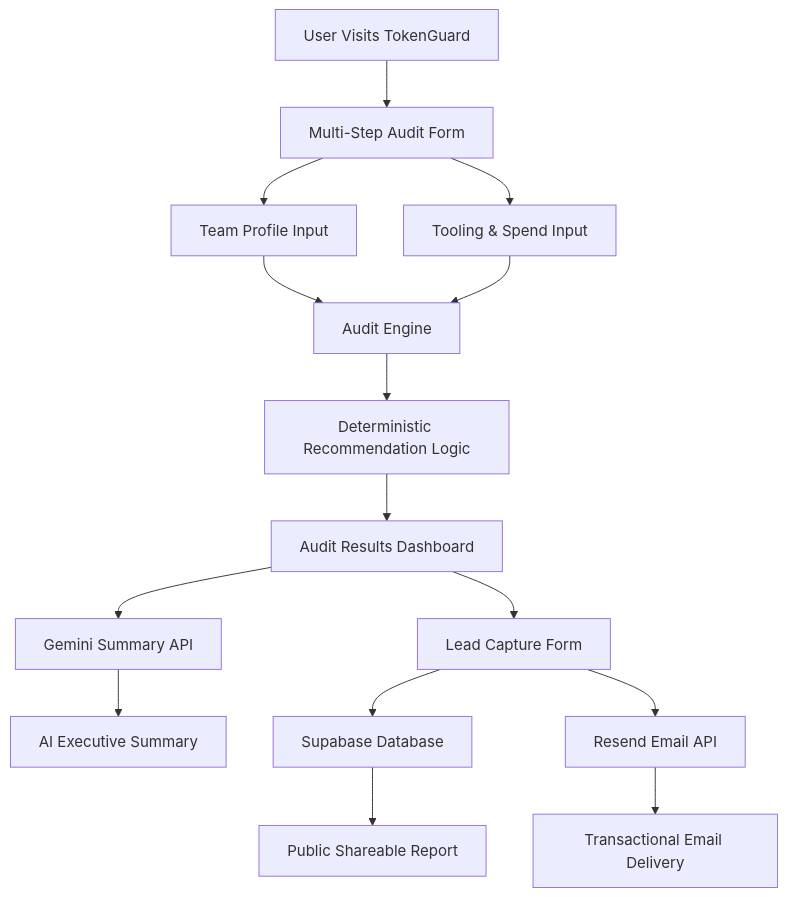
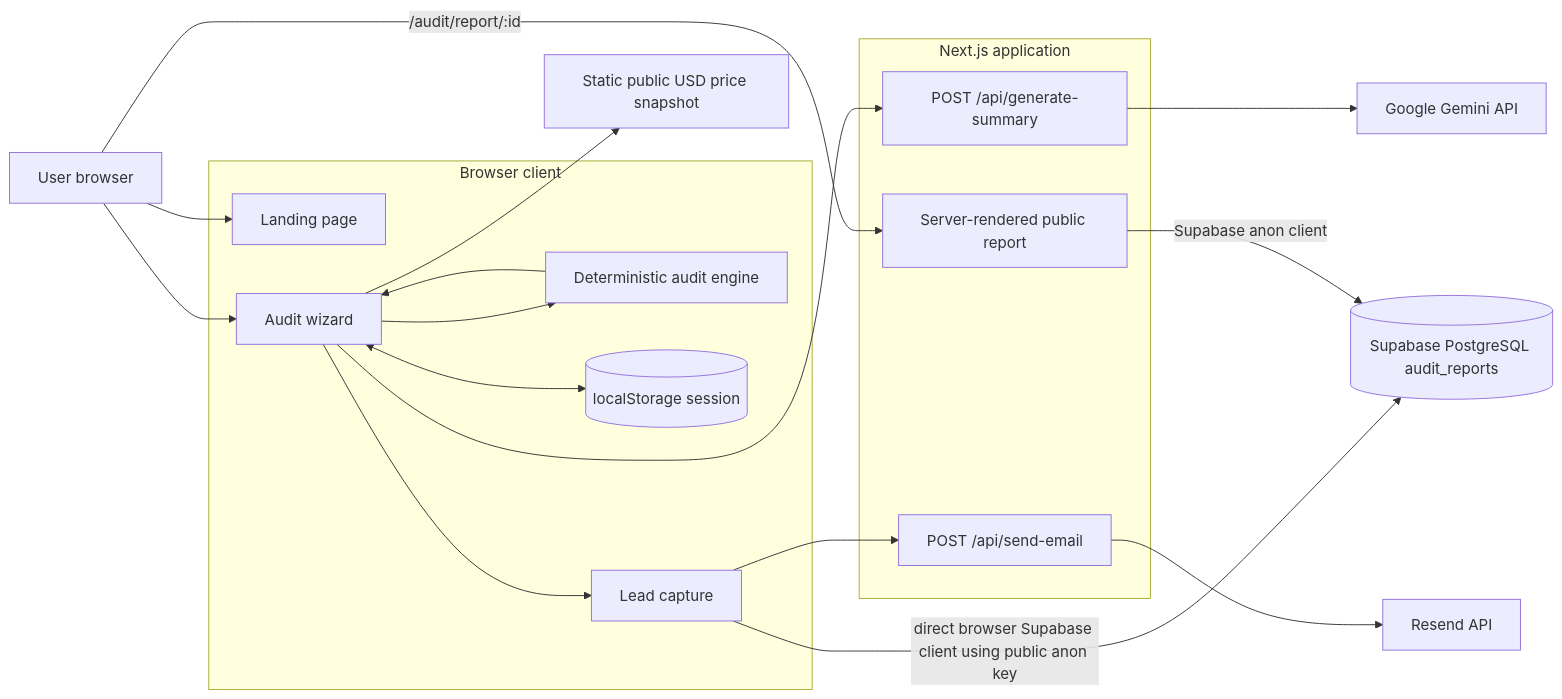
Before and after one commit to nipuna1902/tokenguard: the first of 5 diagrams in ARCHITECTURE.md, drawn with Mermaid. The commit also changed other lines of this file and 27 other files, not shown here.

````diff
--- a/ARCHITECTURE.md
+++ b/ARCHITECTURE.md
@@ -20,29 +29,38 @@
 ```mermaid
-flowchart TD
+flowchart LR
+  U[User browser]
 
-A[User Visits TokenGuard] --> B[Multi-Step Audit Form]
+  subgraph B[Browser client]
+    L[Landing page]
+    W[Audit wizard]
+    E[Deterministic audit engine]
+    LS[(localStorage session)]
+    C[Lead capture]
+  end
 
-B --> C[Team Profile Input]
-B --> D[Tooling & Spend Input]
+  subgraph N[Next.js application]
+    R[Server-rendered public report]
+    S[POST /api/generate-summary]
+    M[POST /api/send-email]
+  end
 
-C --> E[Audit Engine]
-D --> E
+  P[Static public USD price snapshot]
+  DB[(Supabase PostgreSQL audit_reports)]
+  G[Google Gemini API]
+  RE[Resend API]
 
-E --> F[Deterministic Recommendation Logic]
-
-F --> G[Audit Results Dashboard]
-
-G --> H[Gemini Summary API]
-
-H --> I[AI Executive Summary]
-
-G --> J[Lead Capture Form]
-
-J --> K[Supabase Database]
-
-K --> L[Public Shareable Report]
-
-J --> M[Resend Email API]
-
-M --> N[Transactional Email Delivery]
+  U --> L
+  U --> W
+  W <--> LS
+  W --> P
+  W --> E
+  E --> W
+  W --> S
+  S --> G
+  W --> C
+  C -->|direct browser Supabase client using public anon key| DB
+  C --> M
+  M --> RE
+  U -->|/audit/report/:id| R
+  R -->|Supabase anon client| DB
 ```
````
